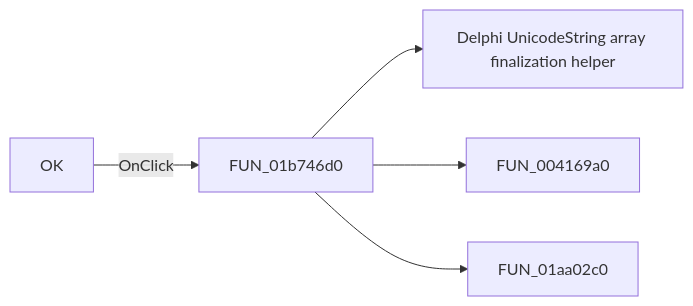
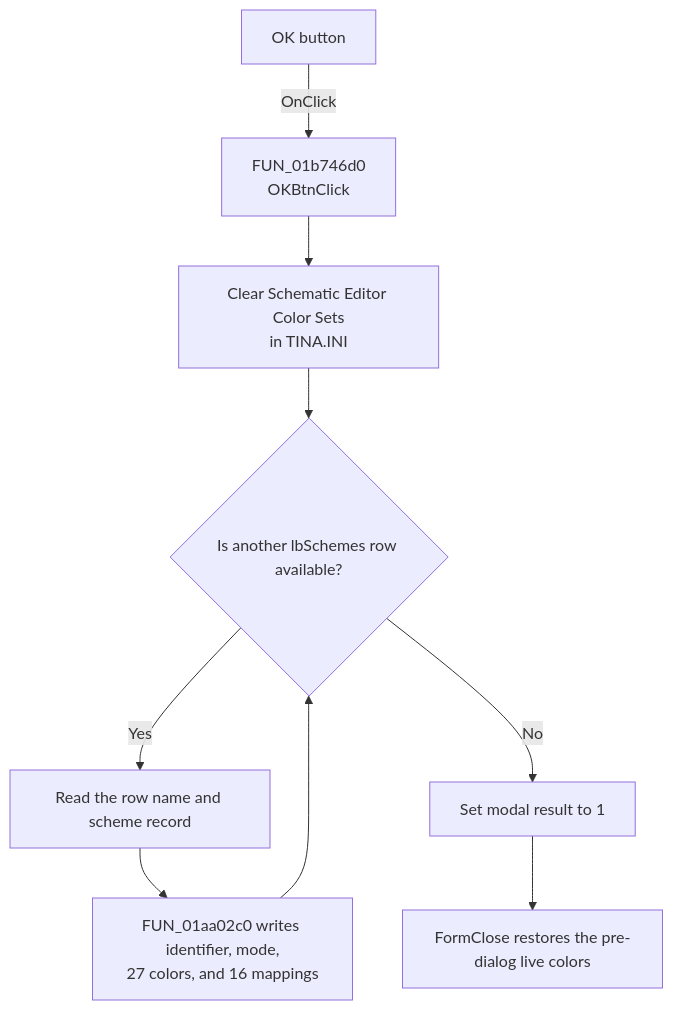
Before and after one commit to MovGP0/TIARA: the diagram in docs/ui-controls/frmeditorschemes/okbtn-f0360aca28.md, drawn with Mermaid. The commit also changed other lines of this file and 387 other files, not shown here.

````diff
--- a/docs/ui-controls/frmeditorschemes/okbtn-f0360aca28.md
+++ b/docs/ui-controls/frmeditorschemes/okbtn-f0360aca28.md
@@ -27,7 +40,11 @@
 ```mermaid
-flowchart LR
-    control["OK"] -->|OnClick| handler["FUN_01b746d0"]
-    handler --> call1["Delphi UnicodeString array finalization helper"]
-    handler --> call2["FUN_004169a0"]
-    handler --> call3["FUN_01aa02c0"]
+flowchart TD
+    control["OK button"] -->|OnClick| handler["FUN_01b746d0<br/>OKBtnClick"]
+    handler --> clear["Clear Schematic Editor Color Sets<br/>in TINA.INI"]
+    clear --> next{"Is another lbSchemes row available?"}
+    next -->|Yes| read["Read the row name and scheme record"]
+    read --> write["FUN_01aa02c0 writes identifier, mode,<br/>27 colors, and 16 mappings"]
+    write --> next
+    next -->|No| result["Set modal result to 1"]
+    result --> close["FormClose restores the pre-dialog live colors"]
 ```
````
